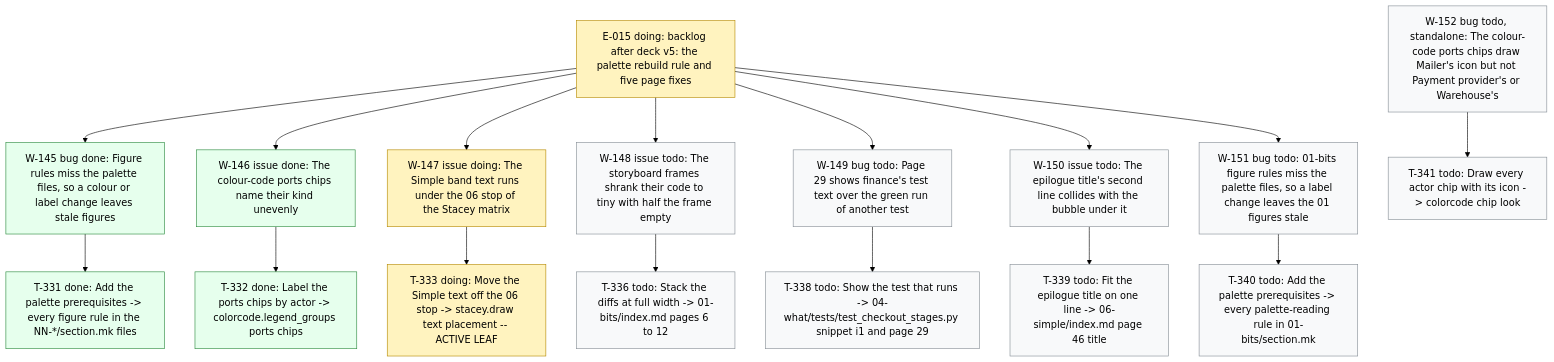
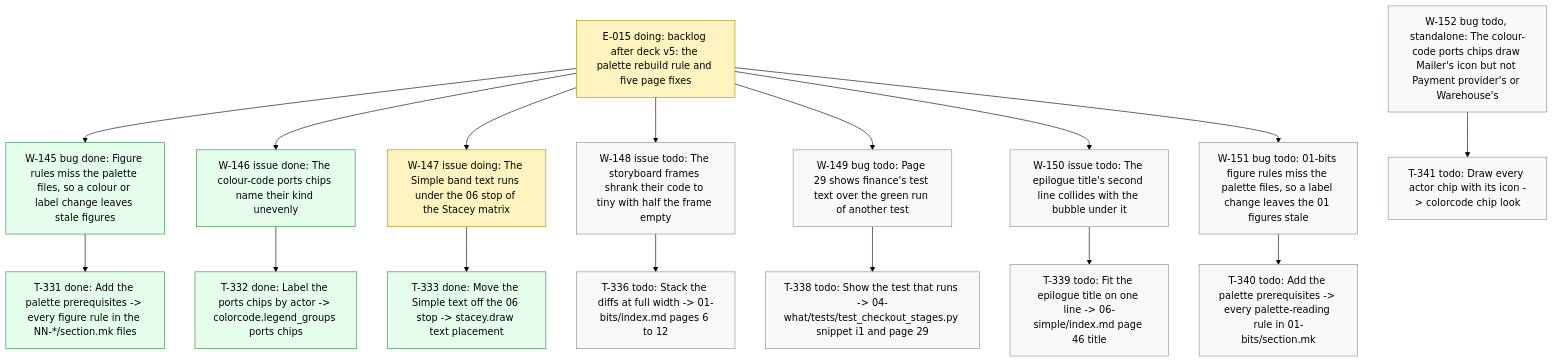
Before and after one commit to dpopchev/chaos-to-simple: the diagram in .board/BOARD.md, drawn with Mermaid (forest theme). The commit also changed other lines of this file and 1 other file, not shown here.

Commit message:
chore(board): close T-333 -- W-147 ready to land
Refs: W-147 T-333

````diff
--- a/.board/BOARD.md
+++ b/.board/BOARD.md
@@ -861,28 +861,28 @@
 ```mermaid
 flowchart TD
   E015["E-015 doing: backlog after deck v5: the palette rebuild rule and five page fixes"]
   E015 --> W145["W-145 bug done: Figure rules miss the palette files, so a colour or label change leaves stale figures"]
   W145 --> T331["T-331 done: Add the palette prerequisites -> every figure rule in the NN-*/section.mk files"]
   E015 --> W146["W-146 issue done: The colour-code ports chips name their kind unevenly"]
   W146 --> T332["T-332 done: Label the ports chips by actor -> colorcode.legend_groups ports chips"]
   E015 --> W147["W-147 issue doing: The Simple band text runs under the 06 stop of the Stacey matrix"]
-  W147 --> T333["T-333 doing: Move the Simple text off the 06 stop -> stacey.draw text placement -- ACTIVE LEAF"]
+  W147 --> T333["T-333 done: Move the Simple text off the 06 stop -> stacey.draw text placement"]
   E015 --> W148["W-148 issue todo: The storyboard frames shrank their code to tiny with half the frame empty"]
   W148 --> T336["T-336 todo: Stack the diffs at full width -> 01-bits/index.md pages 6 to 12"]
   E015 --> W149["W-149 bug todo: Page 29 shows finance's test text over the green run of another test"]
   W149 --> T338["T-338 todo: Show the test that runs -> 04-what/tests/test_checkout_stages.py snippet i1 and page 29"]
   E015 --> W150["W-150 issue todo: The epilogue title's second line collides with the bubble under it"]
   W150 --> T339["T-339 todo: Fit the epilogue title on one line -> 06-simple/index.md page 46 title"]
   E015 --> W151["W-151 bug todo: 01-bits figure rules miss the palette files, so a label change leaves the 01 figures stale"]
   W151 --> T340["T-340 todo: Add the palette prerequisites -> every palette-reading rule in 01-bits/section.mk"]
   W152["W-152 bug todo, standalone: The colour-code ports chips draw Mailer's icon but not Payment provider's or Warehouse's"]
   W152 --> T341["T-341 todo: Draw every actor chip with its icon -> colorcode chip look"]
   classDef doing fill:#fff3bf,stroke:#b58900,color:#000;
   classDef blocked fill:#ffe3e3,stroke:#c92a2a,color:#000;
   classDef done fill:#e6ffed,stroke:#2b8a3e,color:#000;
   classDef todo fill:#f8f9fa,stroke:#868e96,color:#000;
   classDef pruned fill:#f1f3f5,stroke:#adb5bd,color:#000;
-  class E015,W147,T333 doing
-  class W145,T331,W146,T332 done
+  class E015,W147 doing
+  class W145,T331,W146,T332,T333 done
   class W148,T336,W149,T338,W150,T339,W151,T340,W152,T341 todo
 ```
````
